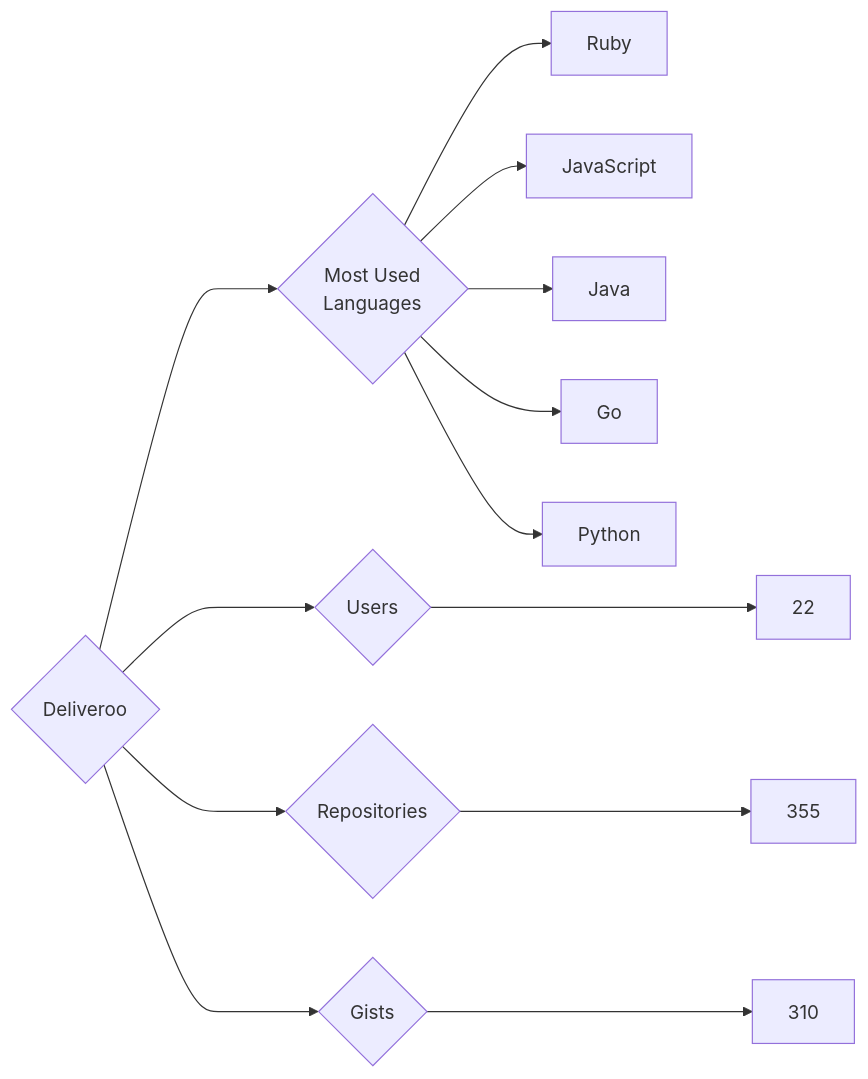
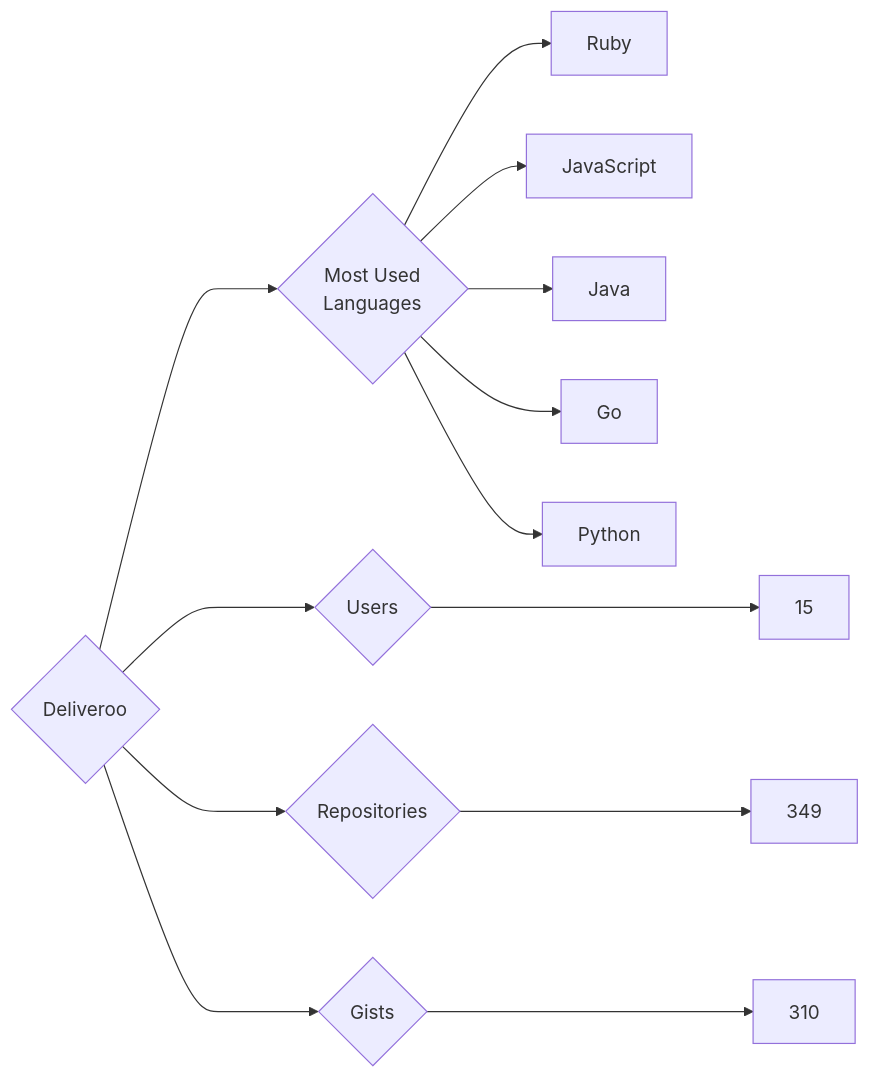
The diagram in targets/Deliveroo/README.md (trickest/insiders), drawn with Mermaid before and after one commit. The commit also changed 718 other files, not shown here.

````diff
--- a/targets/Deliveroo/README.md
+++ b/targets/Deliveroo/README.md
@@ -3,13 +3,13 @@
 ```mermaid
 graph LR
 COMPANY_NAME{Deliveroo}
-COMPANY_NAME ---> U{Users} ---> UN[22]
-COMPANY_NAME ---> R{Repositories} ---> RN[355]
+COMPANY_NAME ---> U{Users} ---> UN[15]
+COMPANY_NAME ---> R{Repositories} ---> RN[349]
 COMPANY_NAME ---> G{Gists} ---> GN[310]
 COMPANY_NAME ---> ML{Most Used<br>Languages}
 ML --> Ruby[Ruby]
 ML --> JavaScript[JavaScript]
 ML --> Java[Java]
 ML --> Go[Go]
 ML --> Python[Python]
 ```
````
